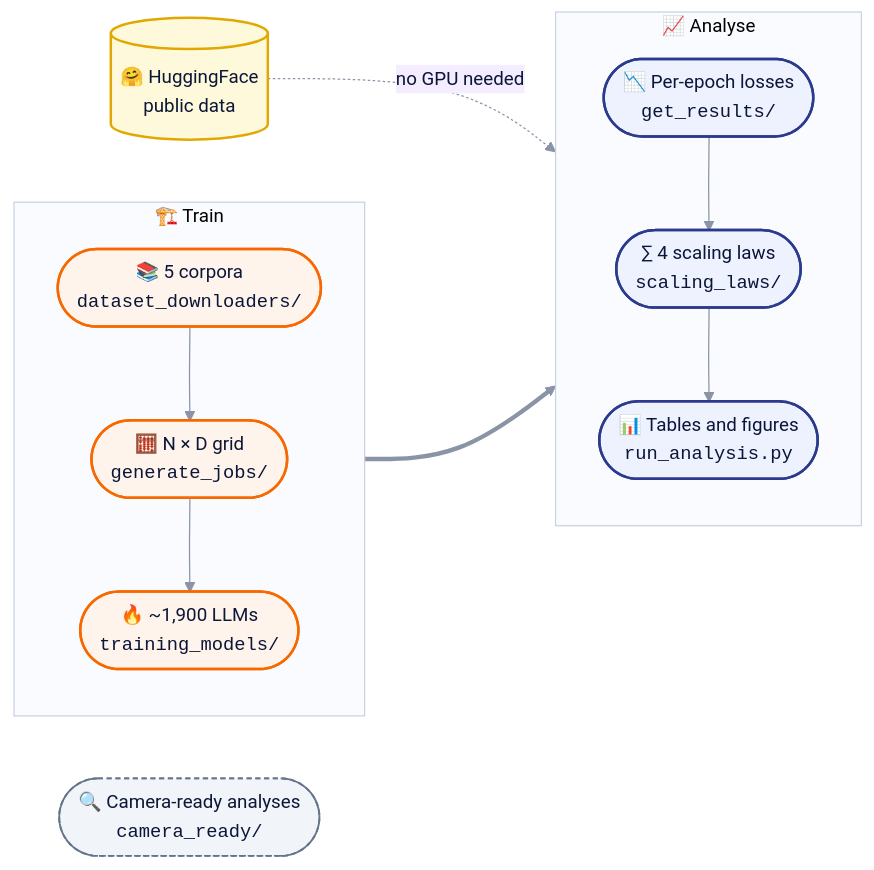
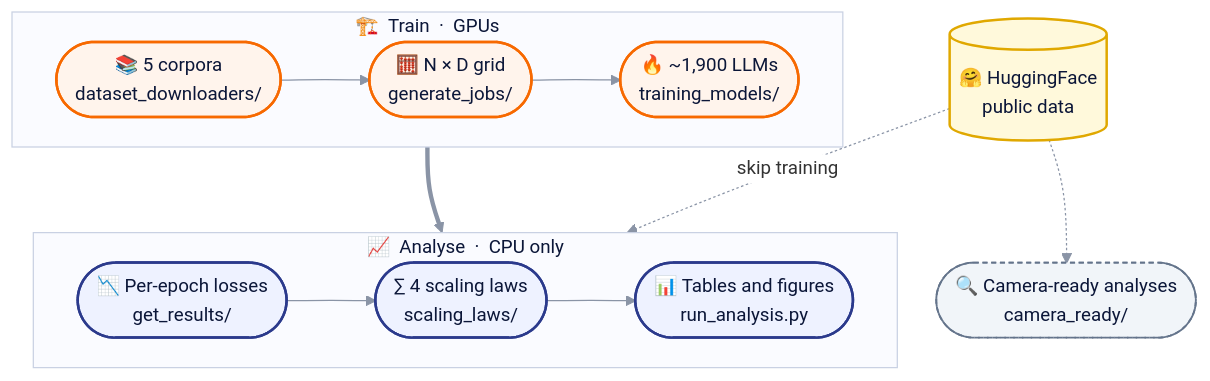
The diagram in README.md (lab-v2/tpp-coverage), drawn with Mermaid before and after one commit. The commit also changed 1 other file, not shown here.

Commit message:
README: two-row styled diagram

````diff
--- a/README.md
+++ b/README.md
@@ -81,25 +81,25 @@
 ```mermaid
-%%{init: {"theme": "base", "themeVariables": {"fontFamily": "Inter, Segoe UI, Helvetica, sans-serif", "fontSize": "15px", "primaryColor": "#FFF4EC", "primaryTextColor": "#0B1638", "primaryBorderColor": "#F76900", "lineColor": "#8A94A6", "clusterBkg": "#FAFBFF", "clusterBorder": "#C9D1E3"}}}%%
-flowchart LR
-    subgraph TRAIN["&nbsp;🏗️ Train&nbsp;"]
-        direction TB
-        A(["📚 5 corpora<br/><code>dataset_downloaders/</code>"]) --> B(["🧮 N × D grid<br/><code>generate_jobs/</code>"])
-        B --> C(["🔥 ~1,900 LLMs<br/><code>training_models/</code>"])
+%%{init: {"theme": "base", "flowchart": {"curve": "basis", "nodeSpacing": 28, "rankSpacing": 46}, "themeVariables": {"fontFamily": "Inter, Segoe UI, Helvetica, sans-serif", "fontSize": "15px", "lineColor": "#8A94A6", "clusterBkg": "#FAFBFF", "clusterBorder": "#C9D1E3", "edgeLabelBackground": "#FFFFFF", "titleColor": "#0B1638"}}}%%
+flowchart TB
+    subgraph TRAIN["🏗️ &nbsp;Train &nbsp;·&nbsp; GPUs"]
+        direction LR
+        A(["📚 5 corpora<br/>dataset_downloaders/"]) --> B(["🧮 N × D grid<br/>generate_jobs/"]) --> C(["🔥 ~1,900 LLMs<br/>training_models/"])
     end
-    subgraph ANALYSE["&nbsp;📈 Analyse&nbsp;"]
-        direction TB
-        D(["📉 Per-epoch losses<br/><code>get_results/</code>"]) --> E(["∑ 4 scaling laws<br/><code>scaling_laws/</code>"])
-        E --> F(["📊 Tables and figures<br/><code>run_analysis.py</code>"])
+    subgraph ANALYSE["📈 &nbsp;Analyse &nbsp;·&nbsp; CPU only"]
+        direction LR
+        D(["📉 Per-epoch losses<br/>get_results/"]) --> E(["∑ 4 scaling laws<br/>scaling_laws/"]) --> F(["📊 Tables and figures<br/>run_analysis.py"])
     end
-    C ==> D
-    H[("🤗 HuggingFace<br/>public data")] -. "no GPU needed" .-> D
-    G(["🔍 Camera-ready analyses<br/><code>camera_ready/</code>"])
+    H[("🤗 HuggingFace<br/>public data")]
+    G(["🔍 Camera-ready analyses<br/>camera_ready/"])
+    TRAIN ==> ANALYSE
+    H -. "skip training" .-> ANALYSE
+    H -.-> G
     classDef train fill:#FFF4EC,stroke:#F76900,stroke-width:2px,color:#0B1638
     classDef analyse fill:#EEF2FF,stroke:#2B3A8C,stroke-width:2px,color:#0B1638
     classDef data fill:#FFF9DB,stroke:#E0A800,stroke-width:2px,color:#0B1638
     classDef extra fill:#F1F5F9,stroke:#64748B,stroke-width:1.5px,stroke-dasharray:4 3,color:#0B1638
     class A,B,C train
     class D,E,F analyse
     class H data
     class G extra
 ```
````
